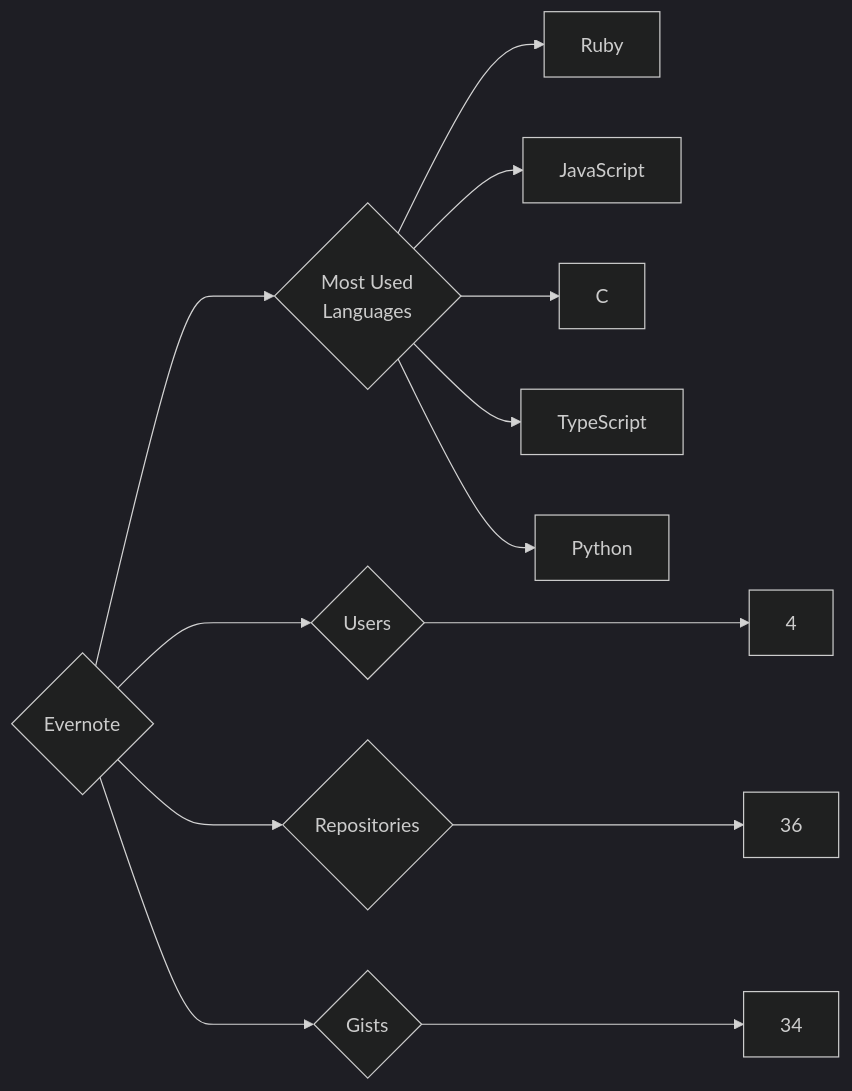
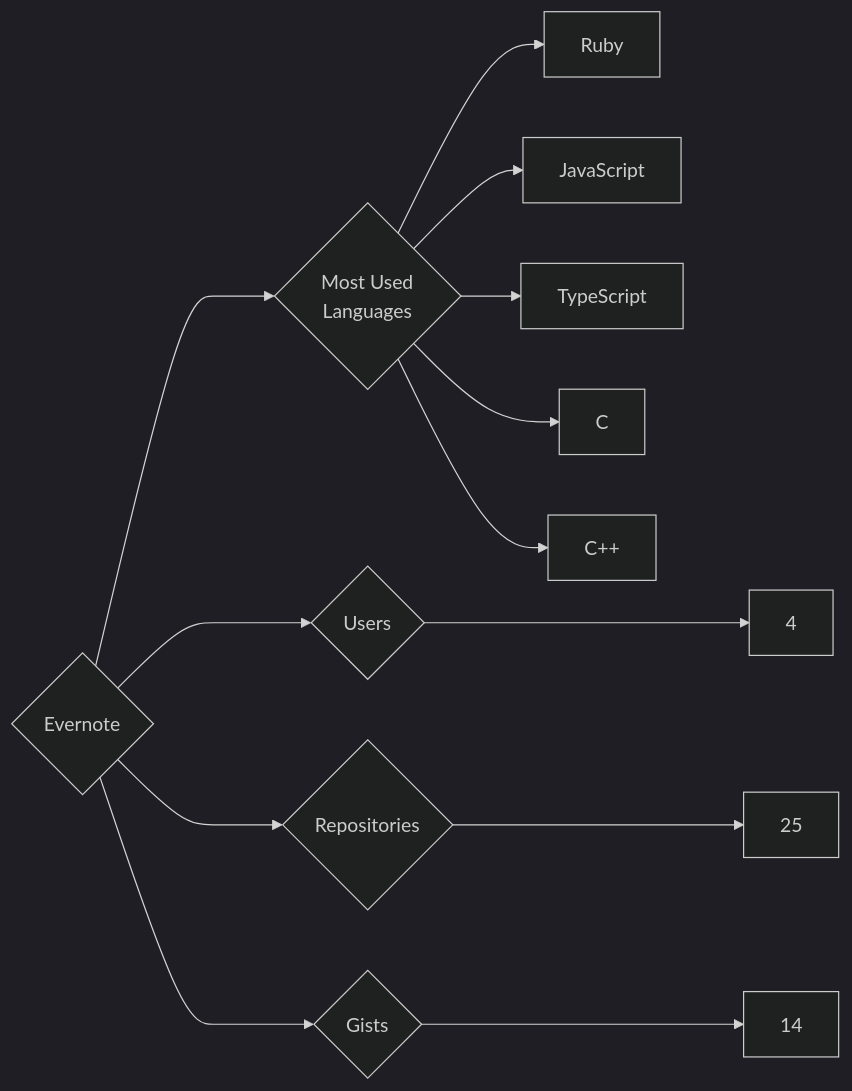
Before and after one commit to trickest/insiders: the diagram in targets/Evernote/README.md, drawn with Mermaid (dark theme). The commit also changed 724 other files, not shown here.

````diff
--- a/targets/Evernote/README.md
+++ b/targets/Evernote/README.md
@@ -3,13 +3,13 @@
 ```mermaid
 graph LR
 COMPANY_NAME{Evernote}
 COMPANY_NAME ---> U{Users} ---> UN[4]
-COMPANY_NAME ---> R{Repositories} ---> RN[36]
-COMPANY_NAME ---> G{Gists} ---> GN[34]
+COMPANY_NAME ---> R{Repositories} ---> RN[25]
+COMPANY_NAME ---> G{Gists} ---> GN[14]
 COMPANY_NAME ---> ML{Most Used<br>Languages}
 ML --> Ruby[Ruby]
 ML --> JavaScript[JavaScript]
+ML --> TypeScript[TypeScript]
 ML --> C[C]
-ML --> TypeScript[TypeScript]
-ML --> Python[Python]
+ML --> C++[C++]
 ```
````
